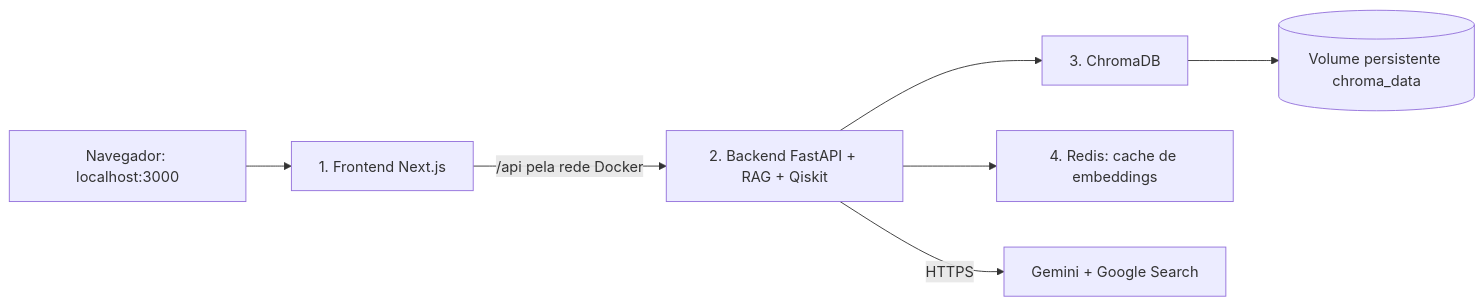
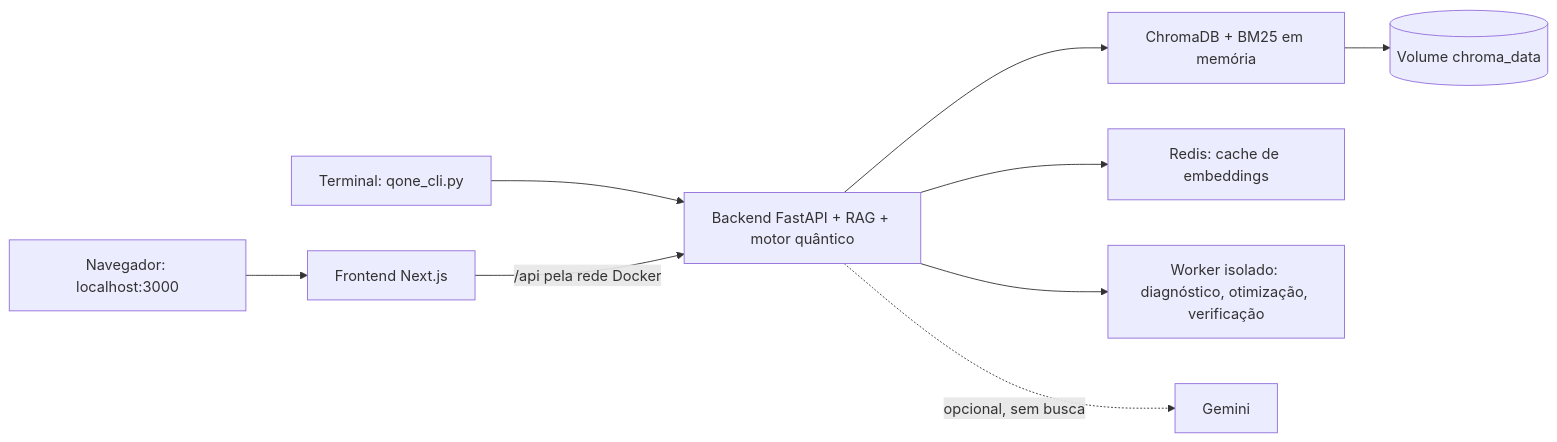
The diagram in README.md (vladtairovic/QuantumOne-atual), drawn with Mermaid before and after one commit. The commit also changed other lines of this file and 77 other files, not shown here.

````diff
--- a/README.md
+++ b/README.md
@@ -34,9 +44,11 @@
 ```mermaid
 flowchart LR
- U[Navegador: localhost:3000] --> F[1. Frontend Next.js]
- F -->|/api pela rede Docker| A[2. Backend FastAPI + RAG + Qiskit]
- A --> C[3. ChromaDB]
- C --> V[(Volume persistente chroma_data)]
- A --> R[4. Redis: cache de embeddings]
- A -->|HTTPS| G[Gemini + Google Search]
+ U[Navegador: localhost:3000] --> F[Frontend Next.js]
+ T[Terminal: qone_cli.py] --> A
+ F -->|/api pela rede Docker| A[Backend FastAPI + RAG + motor quântico]
+ A --> C[ChromaDB + BM25 em memória]
+ C --> V[(Volume chroma_data)]
+ A --> R[Redis: cache de embeddings]
+ A --> W[Worker isolado: diagnóstico, otimização, verificação]
+ A -.->|opcional, sem busca| G[Gemini]
 ```
````
